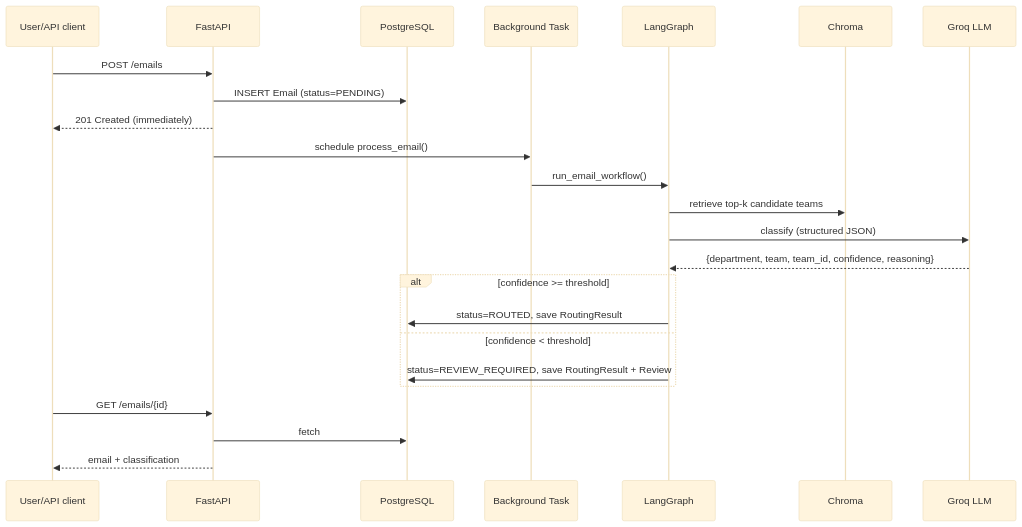
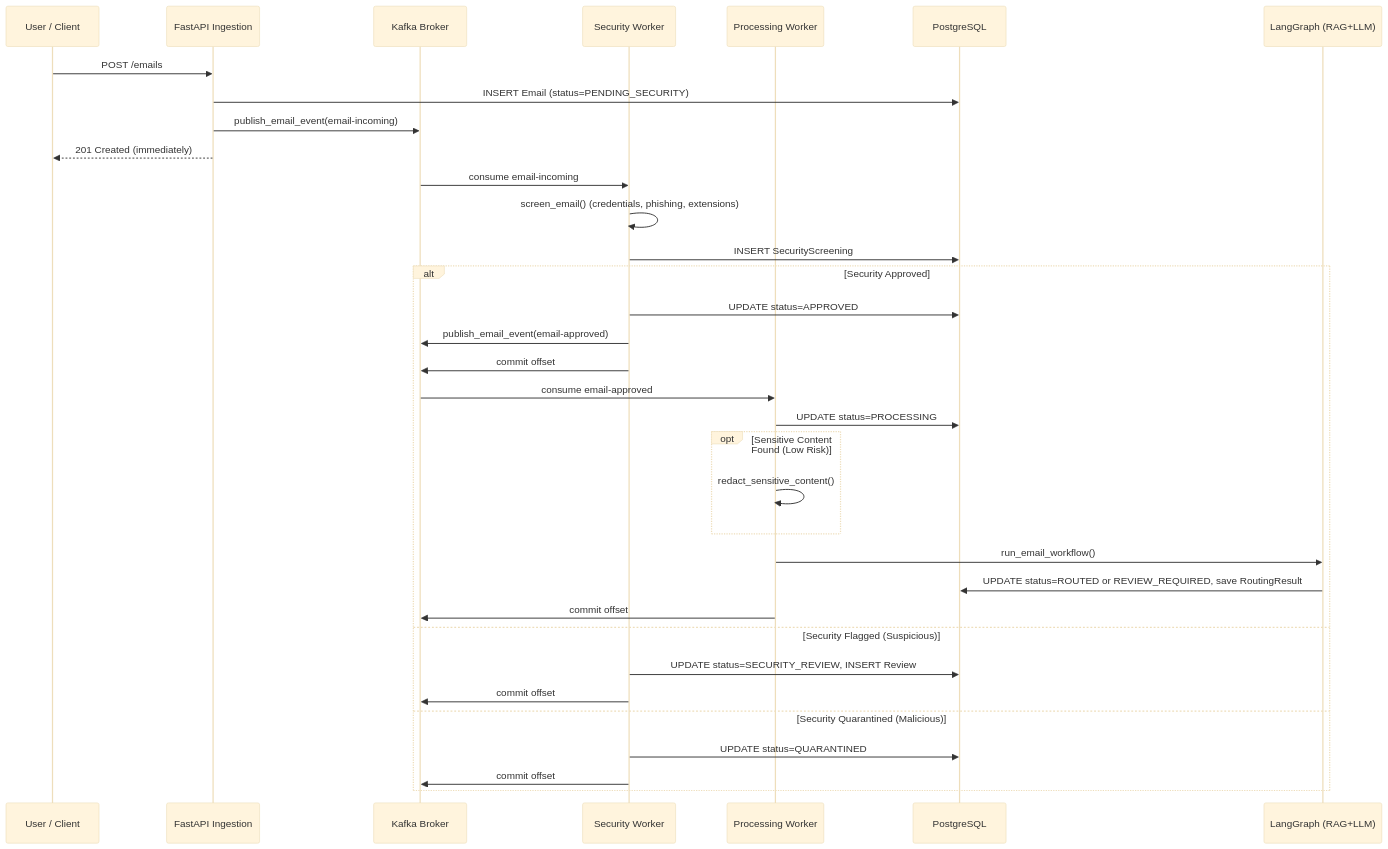
One commit to Shivam091105/Email-Router changed the second of 5 diagrams in README.md. Above: the diagram before and after it, drawn with Mermaid (base theme). The commit also changed other lines of this file and 1 other file, not shown here.

````diff
--- a/README.md
+++ b/README.md
@@ -100,27 +140,40 @@
 ```mermaid
 sequenceDiagram
-    participant U as User/API client
-    participant API as FastAPI
+    participant U as User / Client
+    participant API as FastAPI Ingestion
+    participant K as Kafka Broker
+    participant SEC as Security Worker
+    participant PROC as Processing Worker
     participant DB as PostgreSQL
-    participant BG as Background Task
-    participant G as LangGraph
-    participant V as Chroma
-    participant L as Groq LLM
+    participant G as LangGraph (RAG+LLM)
 
     U->>API: POST /emails
-    API->>DB: INSERT Email (status=PENDING)
+    API->>DB: INSERT Email (status=PENDING_SECURITY)
+    API->>K: publish_email_event(email-incoming)
     API-->>U: 201 Created (immediately)
-    API->>BG: schedule process_email()
-    BG->>G: run_email_workflow()
-    G->>V: retrieve top-k candidate teams
-    G->>L: classify (structured JSON)
-    L-->>G: {department, team, team_id, confidence, reasoning}
-    alt confidence >= threshold
-        G->>DB: status=ROUTED, save RoutingResult
-    else confidence < threshold
-        G->>DB: status=REVIEW_REQUIRED, save RoutingResult + Review
+
+    K->>SEC: consume email-incoming
+    SEC->>SEC: screen_email() (credentials, phishing, extensions)
+    SEC->>DB: INSERT SecurityScreening
+
+    alt Security Approved
+        SEC->>DB: UPDATE status=APPROVED
+        SEC->>K: publish_email_event(email-approved)
+        SEC->>K: commit offset
+
+        K->>PROC: consume email-approved
+        PROC->>DB: UPDATE status=PROCESSING
+        opt Sensitive Content Found (Low Risk)
+            PROC->>PROC: redact_sensitive_content()
+        end
+        PROC->>G: run_email_workflow()
+        G->>DB: UPDATE status=ROUTED or REVIEW_REQUIRED, save RoutingResult
+        PROC->>K: commit offset
+    else Security Flagged (Suspicious)
+        SEC->>DB: UPDATE status=SECURITY_REVIEW, INSERT Review
+        SEC->>K: commit offset
+    else Security Quarantined (Malicious)
+        SEC->>DB: UPDATE status=QUARANTINED
+        SEC->>K: commit offset
     end
-    U->>API: GET /emails/{id}
-    API->>DB: fetch
-    API-->>U: email + classification
 ```
````
